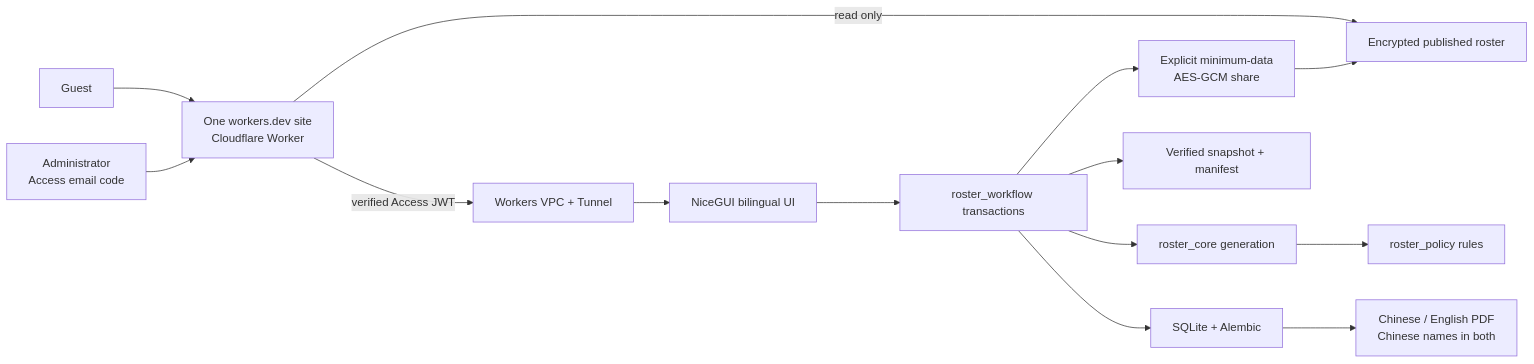
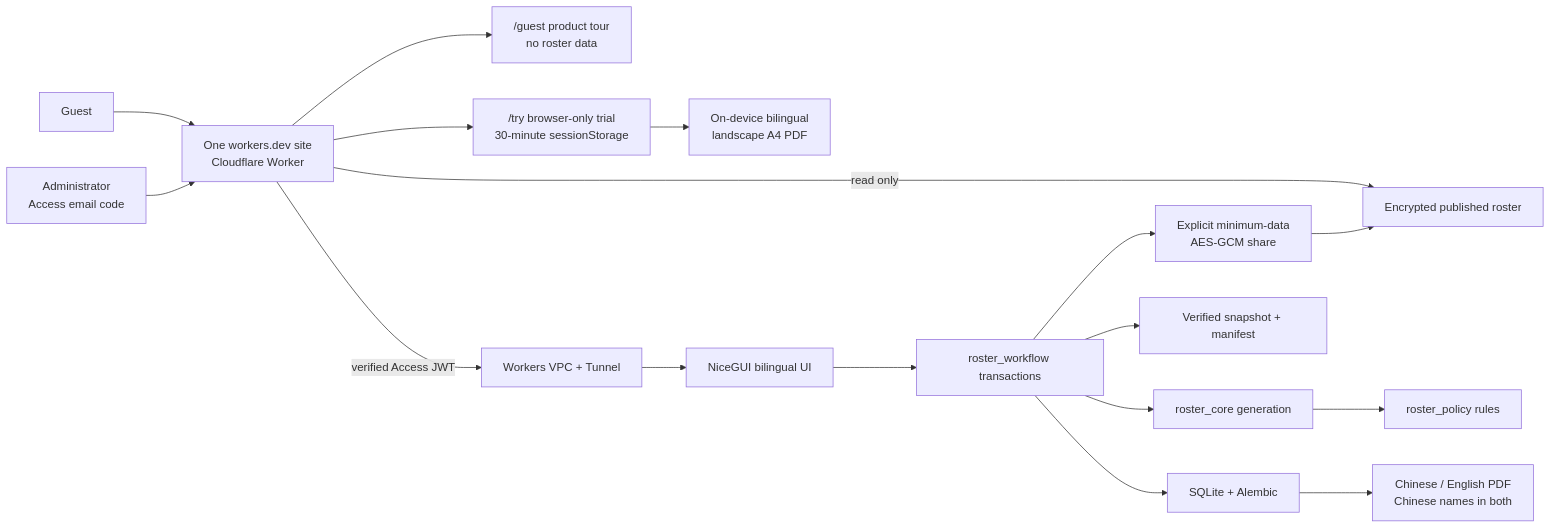
The diagram in README-EN.md (JackyLi10777/Study-Prefect-Duty-Roster-System), drawn with Mermaid before and after one commit. The commit also changed other lines of this file and 53 other files, not shown here.

Commit message:
feat: add clean official start and isolated guest trial

````diff
--- a/README-EN.md
+++ b/README-EN.md
@@ -124,16 +163,19 @@
 ```mermaid
 flowchart LR
     GUEST["Guest"] --> EDGE["One workers.dev site\nCloudflare Worker"]
     ADMIN["Administrator\nAccess email code"] --> EDGE
+    EDGE --> TOUR["/guest product tour\nno roster data"]
+    EDGE --> TRIAL["/try browser-only trial\n30-minute sessionStorage"]
+    TRIAL --> TRIALPDF["On-device bilingual\nlandscape A4 PDF"]
     EDGE -->|read only| VIEW["Encrypted published roster"]
     EDGE -->|verified Access JWT| VPC["Workers VPC + Tunnel"]
     VPC --> UI["NiceGUI bilingual UI"]
     UI --> WF["roster_workflow transactions"]
     WF --> CORE["roster_core generation"]
     CORE --> POLICY["roster_policy rules"]
     WF --> DB["SQLite + Alembic"]
     WF --> BACKUP["Verified snapshot + manifest"]
     DB --> PDF["Chinese / English PDF\nChinese names in both"]
     WF --> ENC["Explicit minimum-data\nAES-GCM share"]
     ENC --> VIEW
 ```
````
